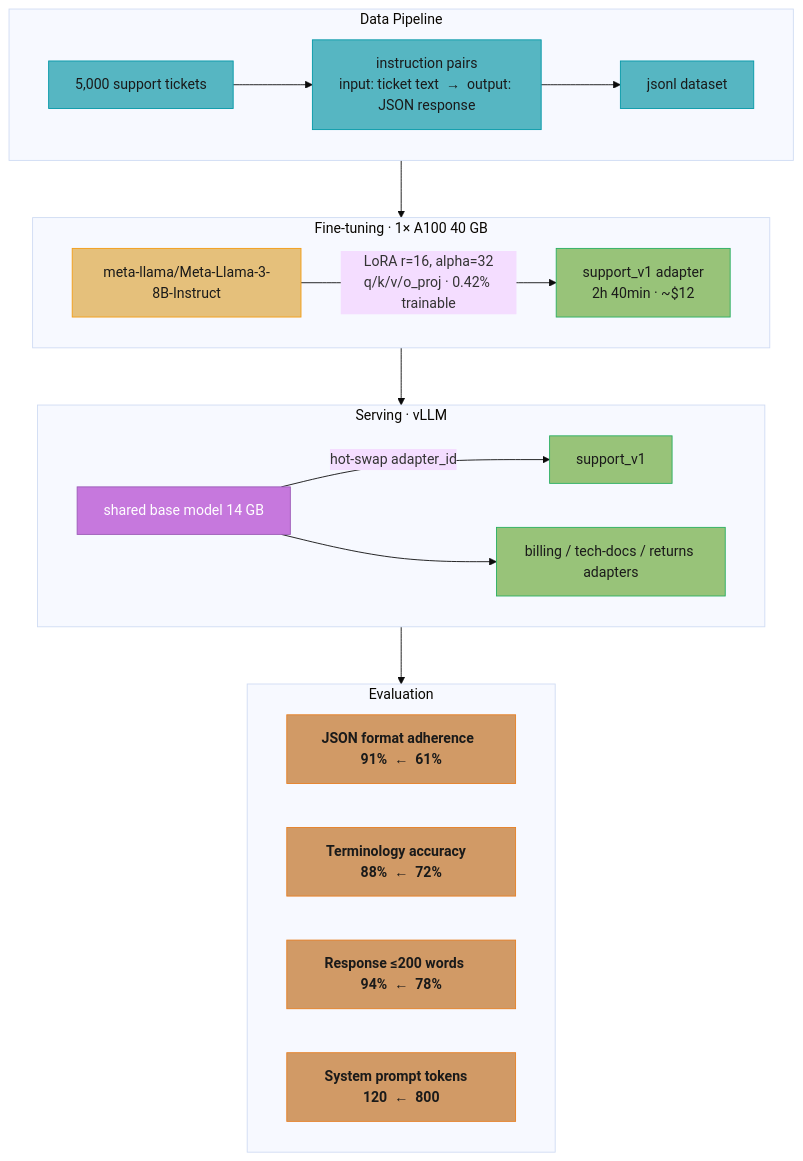
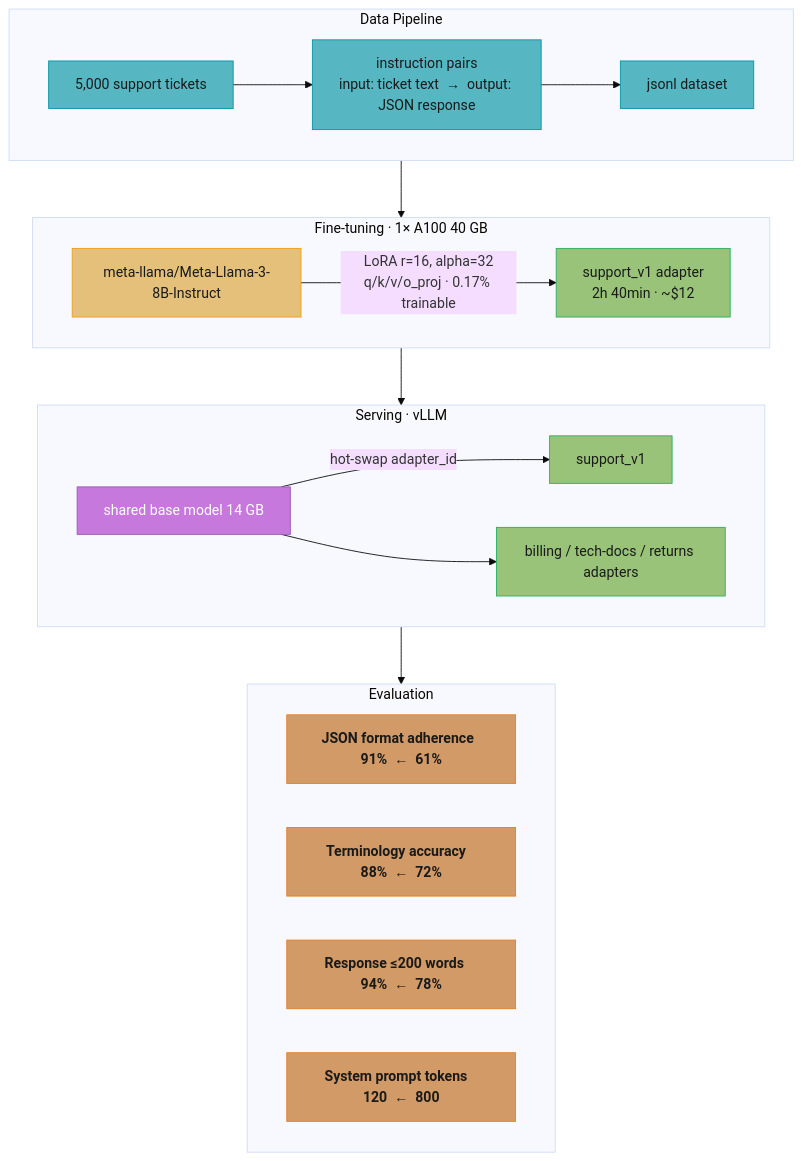
One commit to rppol/system-design changed the fourth of 4 diagrams in src/main/java/com/rutik/systemdesign/llm/fine_tuning/lora.md. Above: the diagram before and after it, drawn with Mermaid (base theme). The commit also changed other lines of this file and 113 other files, not shown here.

````diff
--- a/src/main/java/com/rutik/systemdesign/llm/fine_tuning/lora.md
+++ b/src/main/java/com/rutik/systemdesign/llm/fine_tuning/lora.md
@@ -690,38 +712,38 @@
 ```mermaid
 %%{init: {'flowchart': {'curve': 'basis', 'nodeSpacing': 50, 'rankSpacing': 65}}}%%
 flowchart TD
     classDef io      fill:#61afef,stroke:#2e86c1,color:#1a1a1a,font-weight:bold
     classDef frozen  fill:#c678dd,stroke:#9b59b6,color:#fff
     classDef train   fill:#98c379,stroke:#27ae60,color:#1a1a1a
     classDef mathOp  fill:#d19a66,stroke:#e67e22,color:#1a1a1a,font-weight:bold
     classDef lossN   fill:#e06c75,stroke:#c0392b,color:#fff,font-weight:bold
     classDef req     fill:#56b6c2,stroke:#0097a7,color:#1a1a1a
     classDef base    fill:#e5c07b,stroke:#f39c12,color:#1a1a1a
 
     subgraph dp["  Data Pipeline  "]
         t["5,000 support tickets"] --> ip["instruction pairs\ninput: ticket text  →  output: JSON response"]
         ip --> ds["jsonl dataset"]
     end
     subgraph ft["  Fine-tuning  ·  1× A100 40 GB  "]
-        bm["meta-llama/Meta-Llama-3-8B-Instruct"] -->|"LoRA r=16, alpha=32\nq/k/v/o_proj · 0.42% trainable"| ad["support_v1 adapter\n2h 40min · ~$12"]
+        bm["meta-llama/Meta-Llama-3-8B-Instruct"] -->|"LoRA r=16, alpha=32\nq/k/v/o_proj · 0.17% trainable"| ad["support_v1 adapter\n2h 40min · ~$12"]
     end
     subgraph sv["  Serving  ·  vLLM  "]
         sh["shared base model  14 GB"] -->|"hot-swap adapter_id"| sa["support_v1"]
         sh --> oa["billing / tech-docs / returns adapters"]
     end
     subgraph ev["  Evaluation  "]
         e1["JSON format adherence  91%  ←  61%"]
         e2["Terminology accuracy   88%  ←  72%"]
         e3["Response ≤200 words    94%  ←  78%"]
         e4["System prompt tokens   120  ←  800"]
     end
     dp --> ft
     ft --> sv
     sv --> ev
 
     class t,ip,ds req
     class bm base
     class ad,sa,oa train
     class sh frozen
     class e1,e2,e3,e4 mathOp
 ```
````
